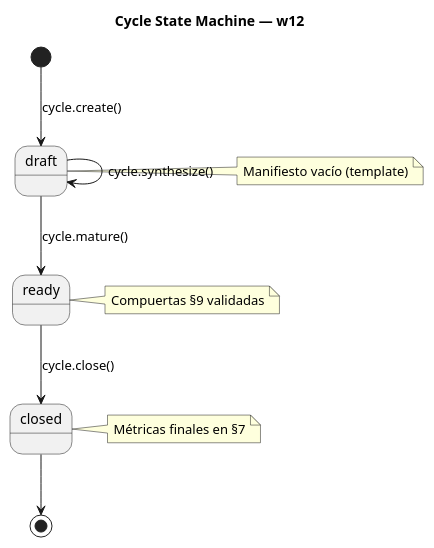
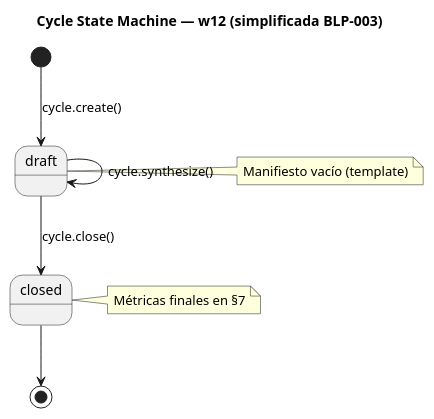
The diagram in docs/arch_vision/w12-cycle-lifecycle.hcortex.md (FidelErnesto03/arqux), drawn with PlantUML before and after one commit. The commit also changed other lines of this file and 48 other files, not shown here.

First line of the commit message:
CYCLE-07: Simplificacion ciclo/BLP + tests en verde + P1/P2 identity

````diff
--- a/docs/arch_vision/w12-cycle-lifecycle.hcortex.md
+++ b/docs/arch_vision/w12-cycle-lifecycle.hcortex.md
@@ -23,15 +25,13 @@
 ```puml
 @startuml
-title Cycle State Machine — w12
+title Cycle State Machine — w12 (simplificada BLP-003)
 
 [*] --> draft : cycle.create()
 draft --> draft : cycle.synthesize()
-draft --> ready : cycle.mature()
-ready --> closed : cycle.close()
+draft --> closed : cycle.close()
 closed --> [*]
 
 note right of draft : Manifiesto vacío (template)
-note right of ready : Compuertas §9 validadas
 note right of closed : Métricas finales en §7
 @enduml
 ```
````
